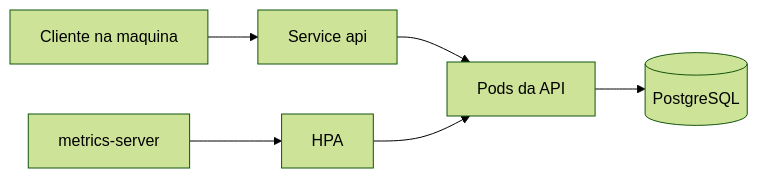
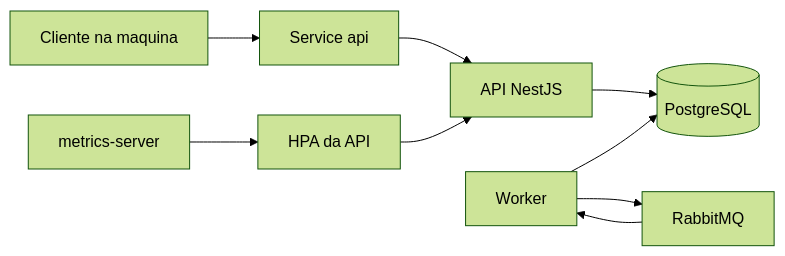
One commit to almeidasantosdev/delivery-lab-k8s changed the diagram in README.md. Above: the diagram before and after it, drawn with Mermaid (forest theme). The commit also changed other lines of this file and 24 other files, not shown here.

First line of the commit message:
feat: chart Helm com API, worker e RabbitMQ (#1)

````diff
--- a/README.md
+++ b/README.md
@@ -25,8 +27,11 @@
 ```mermaid
 flowchart LR
   cliente[Cliente na maquina] --> svc[Service api]
-  svc --> api[Pods da API]
+  svc --> api[API NestJS]
   api --> postgres[(PostgreSQL)]
-  metrics[metrics-server] --> hpa[HPA]
+  worker[Worker] --> postgres
+  worker --> rabbit[RabbitMQ]
+  rabbit --> worker
+  metrics[metrics-server] --> hpa[HPA da API]
   hpa --> api
 ```
````
